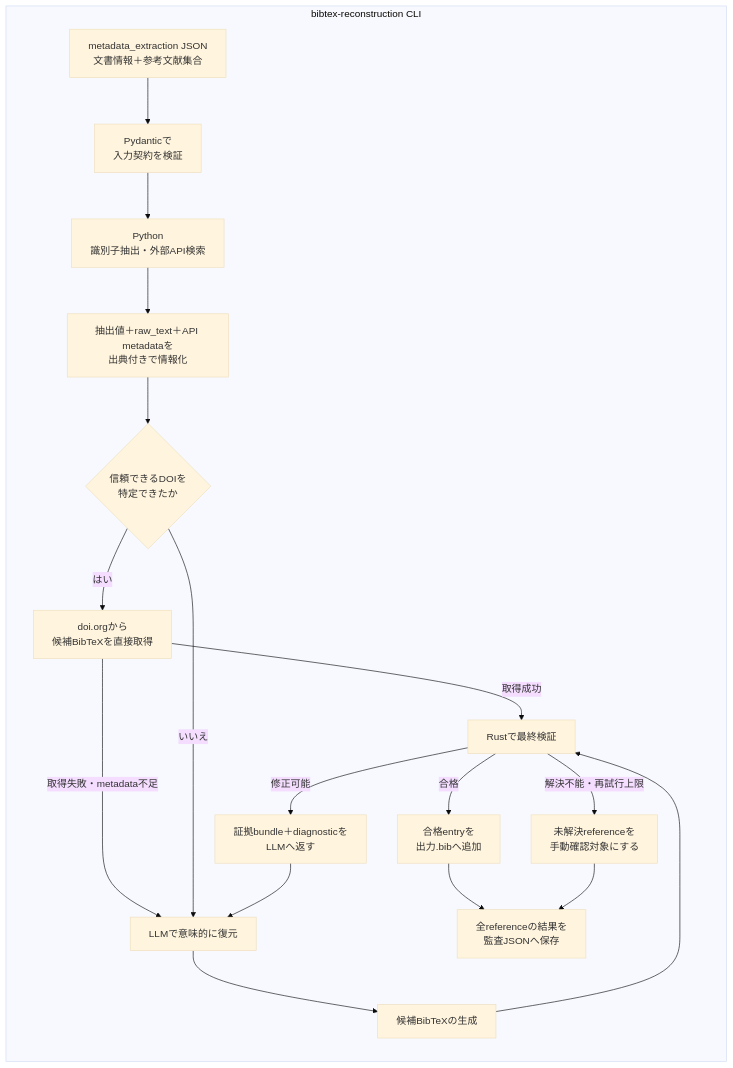
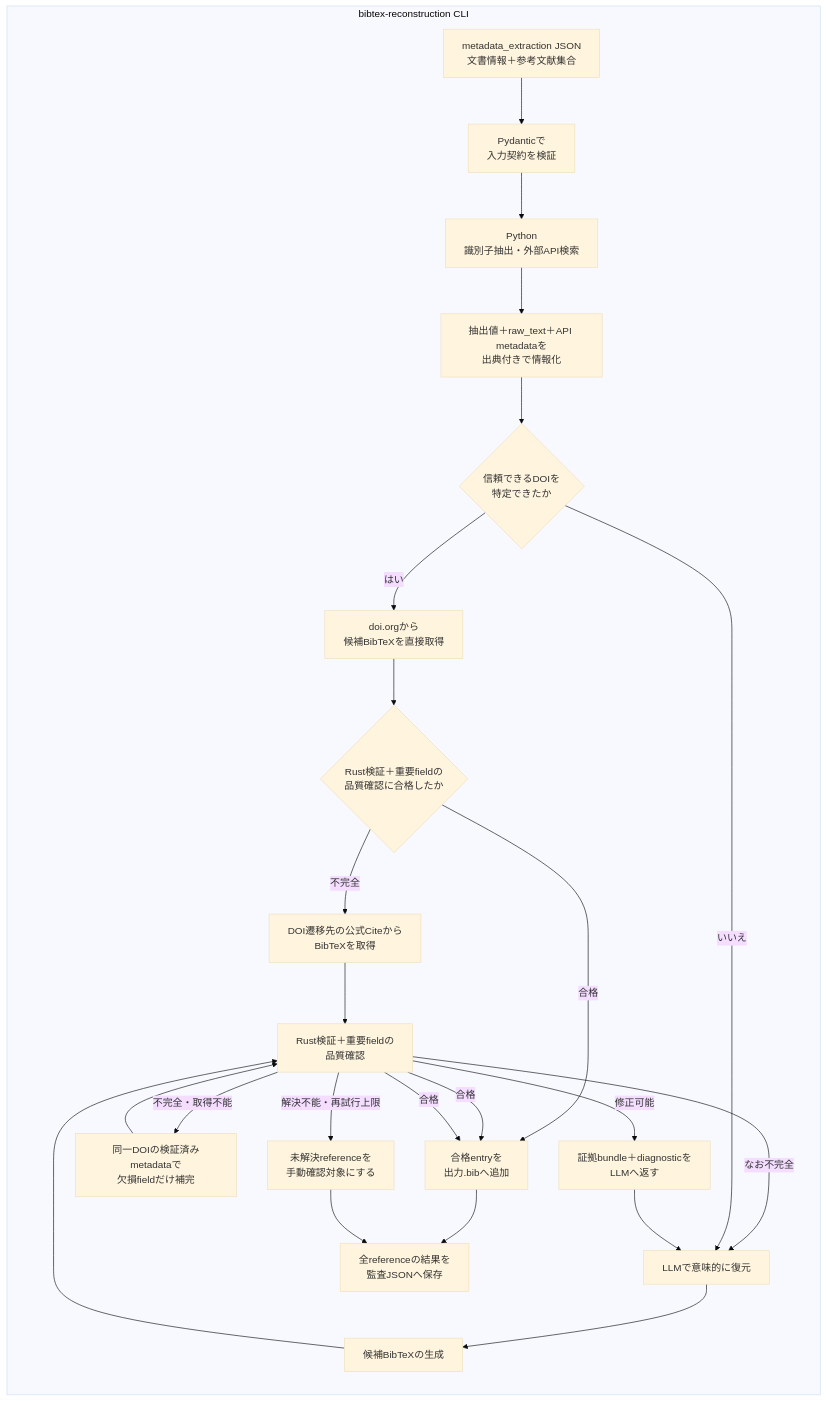
One commit to EhimeNLP/bibmgr changed the diagram in pipeline/bibtex_reconstruction/README.md. Above: the diagram before and after it, drawn with Mermaid (base theme). The commit also changed other lines of this file and 14 other files, not shown here.

````diff
--- a/pipeline/bibtex_reconstruction/README.md
+++ b/pipeline/bibtex_reconstruction/README.md
@@ -10,35 +10,44 @@
 ```mermaid
 flowchart LR
     subgraph INIT["bibtex-reconstruction CLI"]
         INPUT["metadata_extraction JSON<br/>文書情報＋参考文献集合"]
         CONTRACT["Pydanticで<br/>入力契約を検証"]
         PYSEARCH["Python<br/>識別子抽出・外部API検索"]
         EVIDENCE["抽出値＋raw_text＋API metadataを<br/>出典付きで情報化"]
         DOI{"信頼できるDOIを<br/>特定できたか"}
         DOIFETCH["doi.orgから<br/>候補BibTeXを直接取得"]
+        QUALITY{"Rust検証＋重要fieldの<br/>品質確認に合格したか"}
+        OFFICIAL["DOI遷移先の公式Citeから<br/>BibTeXを取得"]
+        ENRICH["同一DOIの検証済みmetadataで<br/>欠損fieldだけ補完"]
         LLM["LLMで意味的に復元"]
         CANDIDATE["候補BibTeXの生成"]
-        RUSTCHECK["Rustで最終検証"]
+        RUSTCHECK["Rust検証＋重要fieldの<br/>品質確認"]
         FEEDBACK["証拠bundle＋diagnosticを<br/>LLMへ返す"]
         OUTPUT["合格entryを<br/>出力.bibへ追加"]
         REVIEW["未解決referenceを<br/>手動確認対象にする"]
         REPORT["全referenceの結果を<br/>監査JSONへ保存"]
 
         INPUT --> CONTRACT
         CONTRACT --> PYSEARCH
         PYSEARCH --> EVIDENCE
         EVIDENCE --> DOI
         DOI -- はい --> DOIFETCH
-        DOIFETCH -- 取得成功 --> RUSTCHECK
-        DOIFETCH -- 取得失敗・metadata不足 --> LLM
+        DOIFETCH --> QUALITY
+        QUALITY -- 合格 --> OUTPUT
+        QUALITY -- 不完全 --> OFFICIAL
+        OFFICIAL --> RUSTCHECK
+        RUSTCHECK -- 合格 --> OUTPUT
+        RUSTCHECK -- 不完全・取得不能 --> ENRICH
+        ENRICH --> RUSTCHECK
+        RUSTCHECK -- なお不完全 --> LLM
         DOI -- いいえ --> LLM
         LLM --> CANDIDATE
         CANDIDATE --> RUSTCHECK
         RUSTCHECK -- 修正可能 --> FEEDBACK
         FEEDBACK --> LLM
         RUSTCHECK -- 合格 --> OUTPUT
         RUSTCHECK -- 解決不能・再試行上限 --> REVIEW
         OUTPUT --> REPORT
         REVIEW --> REPORT
     end
 ```
````
